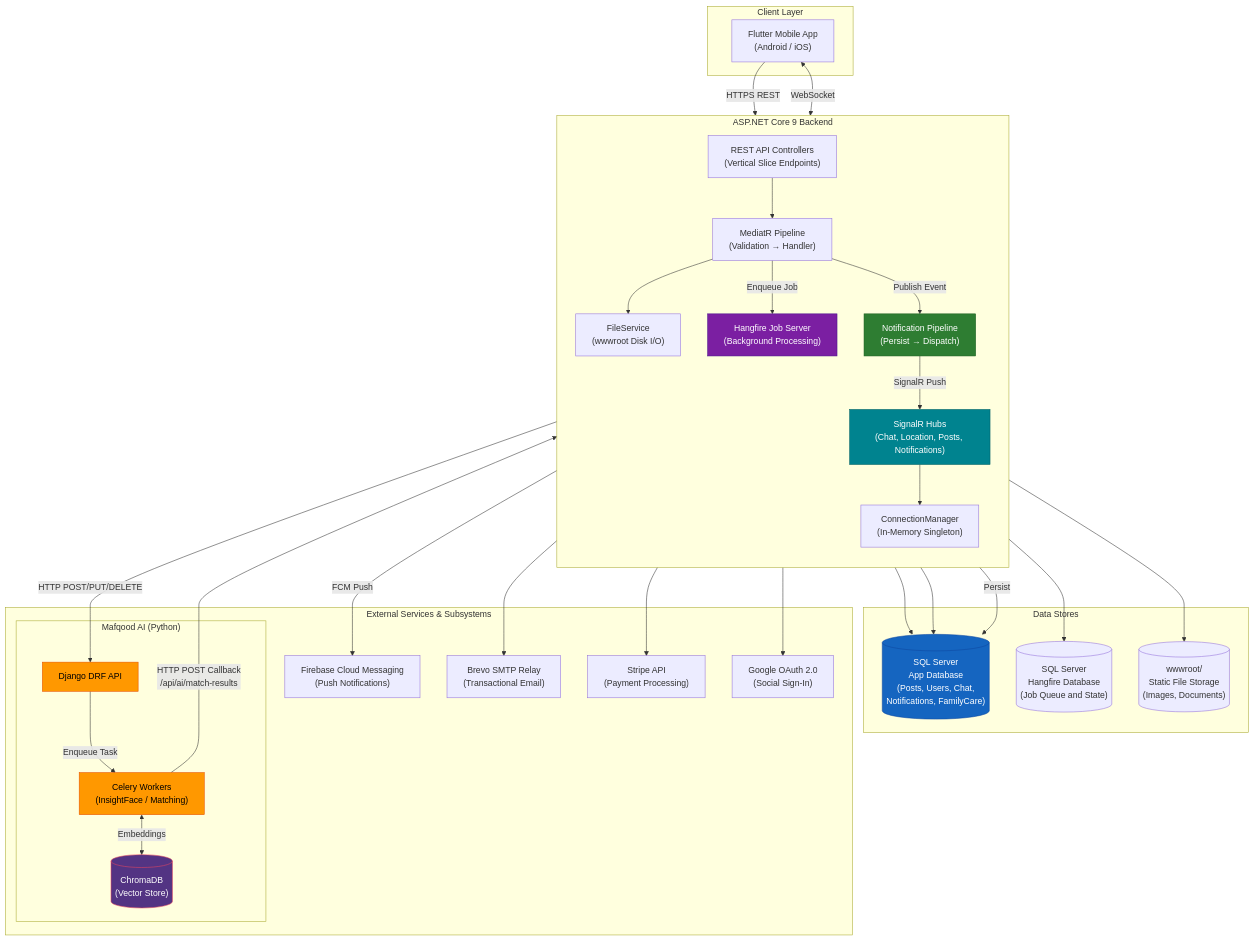
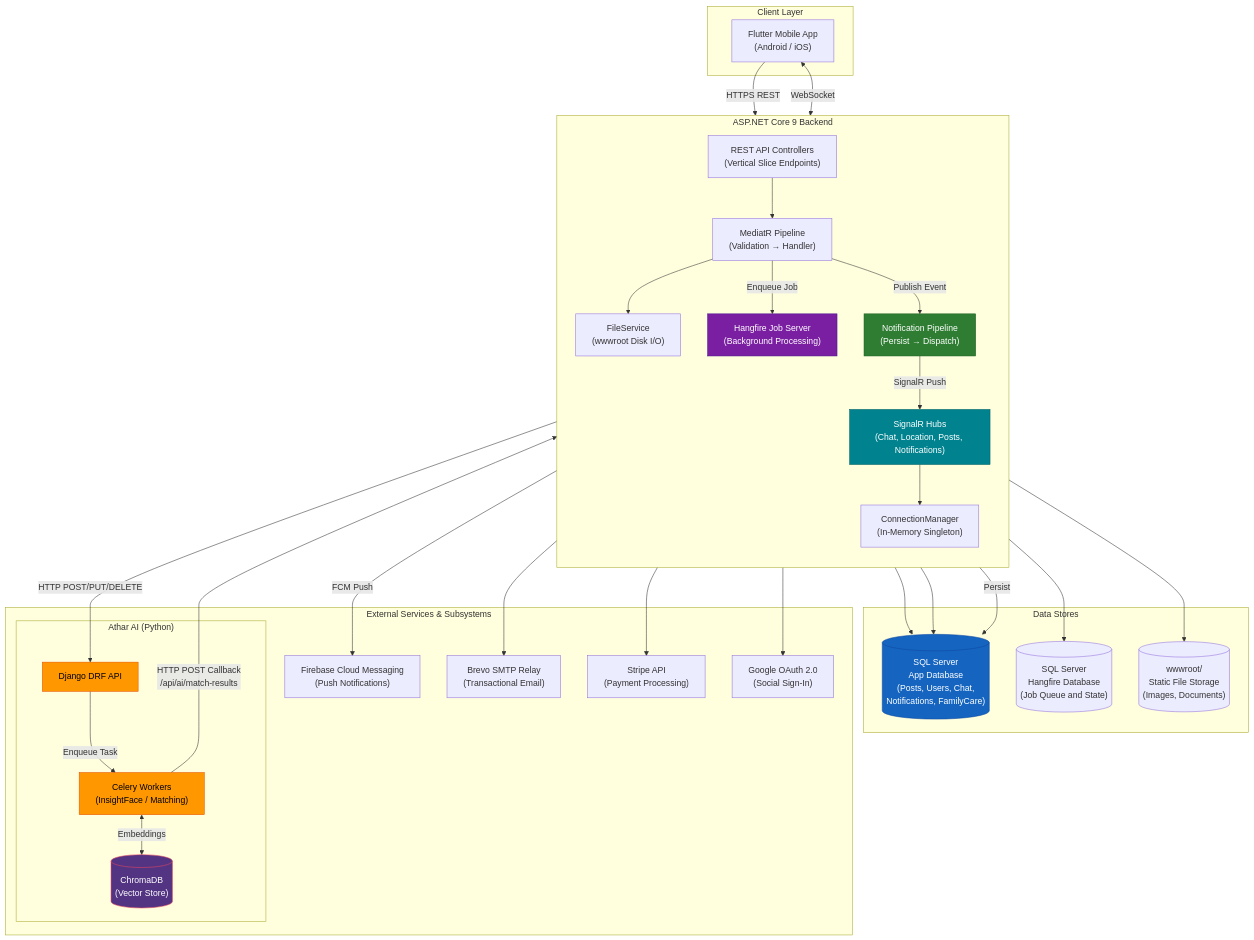
The first of 9 diagrams in arch.md (blackeagle686/mafqood-ai), drawn with Mermaid before and after one commit. The commit also changed other lines of this file, not shown here.

````diff
--- a/arch.md
+++ b/arch.md
@@ -55,71 +55,71 @@
 ```mermaid
 graph TB
     subgraph "Client Layer"
         FLUTTER["Flutter Mobile App<br/>(Android / iOS)"]
     end
 
     subgraph "ASP.NET Core 9 Backend"
         direction TB
         API["REST API Controllers<br/>(Vertical Slice Endpoints)"]
         MEDIATR["MediatR Pipeline<br/>(Validation → Handler)"]
         SIGNALR["SignalR Hubs<br/>(Chat, Location, Posts, Notifications)"]
         HANGFIRE["Hangfire Job Server<br/>(Background Processing)"]
         NOTIF_PIPE["Notification Pipeline<br/>(Persist → Dispatch)"]
         FILE_SVC["FileService<br/>(wwwroot Disk I/O)"]
         CONN_MGR["ConnectionManager<br/>(In-Memory Singleton)"]
     end
 
     subgraph "Data Stores"
         SQL_APP[("SQL Server<br/>App Database<br/>(Posts, Users, Chat,<br/>Notifications, FamilyCare)")]
         SQL_HF[("SQL Server<br/>Hangfire Database<br/>(Job Queue and State)")]
         DISK[("wwwroot/<br/>Static File Storage<br/>(Images, Documents)")]
     end
 
     subgraph "External Services & Subsystems"
         FCM_SVC["Firebase Cloud Messaging<br/>(Push Notifications)"]
         SMTP_SVC["Brevo SMTP Relay<br/>(Transactional Email)"]
         STRIPE_SVC["Stripe API<br/>(Payment Processing)"]
         GOOGLE_SVC["Google OAuth 2.0<br/>(Social Sign-In)"]
         
-        subgraph "Mafqood AI (Python)"
+        subgraph "Athar AI (Python)"
             AI_API["Django DRF API"]
             AI_WORKER["Celery Workers<br/>(InsightFace / Matching)"]
             AI_VDB[("ChromaDB<br/>(Vector Store)")]
         end
     end
 
     FLUTTER -->|"HTTPS REST"| API
     FLUTTER <-->|"WebSocket"| SIGNALR
 
     API --> MEDIATR
     MEDIATR --> SQL_APP
     MEDIATR --> FILE_SVC
     FILE_SVC --> DISK
     MEDIATR -->|"Enqueue Job"| HANGFIRE
 
     HANGFIRE -->|"HTTP POST/PUT/DELETE"| AI_API
     HANGFIRE --> SQL_HF
     HANGFIRE --> SQL_APP
 
     AI_API -->|"Enqueue Task"| AI_WORKER
     AI_WORKER <-->|"Embeddings"| AI_VDB
     AI_WORKER -->|"HTTP POST Callback<br/>/api/ai/match-results"| API
 
     MEDIATR -->|"Publish Event"| NOTIF_PIPE
     NOTIF_PIPE -->|"Persist"| SQL_APP
     NOTIF_PIPE -->|"SignalR Push"| SIGNALR
     NOTIF_PIPE -->|"FCM Push"| FCM_SVC
 
     SIGNALR --> CONN_MGR
     MEDIATR --> SMTP_SVC
     MEDIATR --> STRIPE_SVC
     API --> GOOGLE_SVC
 
     style AI_API fill:#ff9800,stroke:#e65100,color:#000
     style AI_WORKER fill:#ff9800,stroke:#e65100,color:#000
     style AI_VDB fill:#533483,stroke:#e94560,color:#fff
     style SQL_APP fill:#1565c0,stroke:#0d47a1,color:#fff
     style HANGFIRE fill:#7b1fa2,stroke:#4a148c,color:#fff
     style NOTIF_PIPE fill:#2e7d32,stroke:#1b5e20,color:#fff
     style SIGNALR fill:#00838f,stroke:#006064,color:#fff
 ```
````
